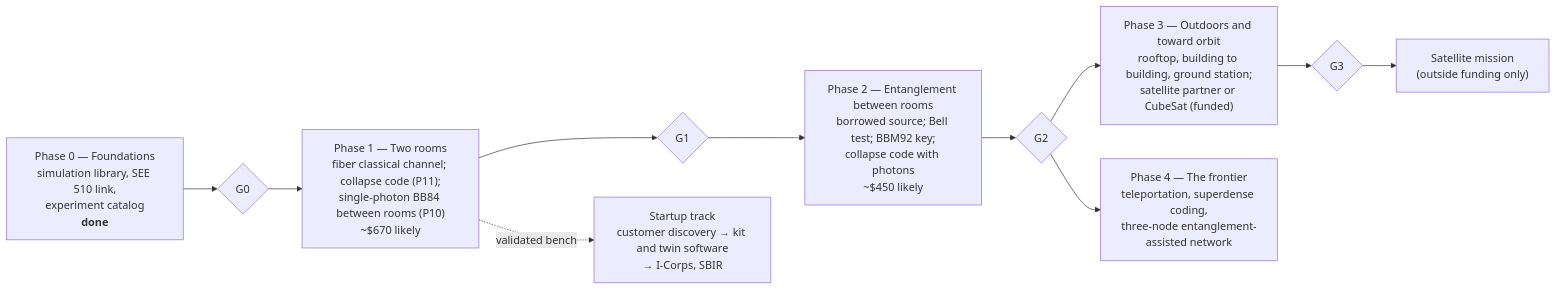
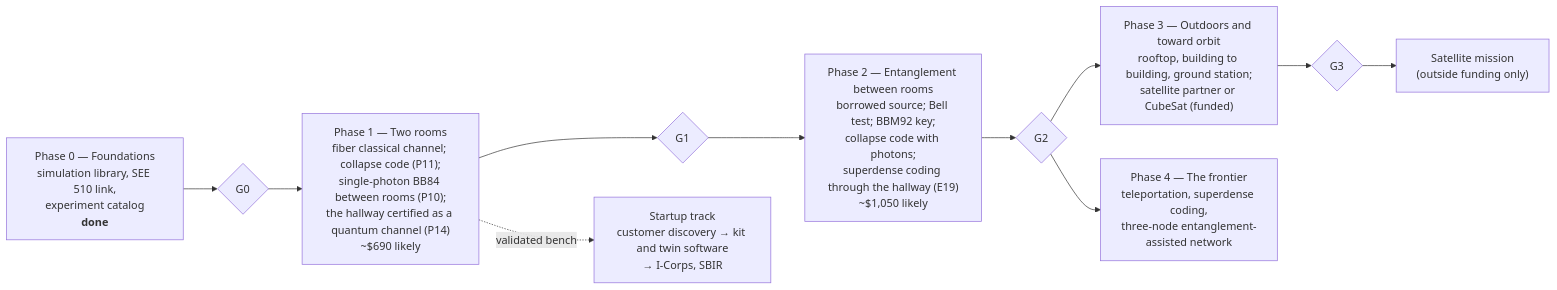
The diagram in systems/program/README.md (Normansrule/quantum-link-research), drawn with Mermaid before and after one commit. The commit also changed other lines of this file and 90 other files, not shown here.

````diff
--- a/systems/program/README.md
+++ b/systems/program/README.md
@@ -19,13 +21,13 @@
 ```mermaid
 flowchart LR
   P0["Phase 0 — Foundations<br/>simulation library, SEE 510 link,<br/>experiment catalog<br/><b>done</b>"] --> G0{G0}
-  G0 --> P1["Phase 1 — Two rooms<br/>fiber classical channel; collapse code (P11);<br/>single-photon BB84 between rooms (P10)<br/>~$670 likely"]
+  G0 --> P1["Phase 1 — Two rooms<br/>fiber classical channel; collapse code (P11);<br/>single-photon BB84 between rooms (P10);<br/>the hallway certified as a quantum channel (P14)<br/>~$690 likely"]
   P1 --> G1{G1}
-  G1 --> P2["Phase 2 — Entanglement between rooms<br/>borrowed source; Bell test; BBM92 key;<br/>collapse code with photons<br/>~$450 likely"]
+  G1 --> P2["Phase 2 — Entanglement between rooms<br/>borrowed source; Bell test; BBM92 key;<br/>collapse code with photons;<br/>superdense coding through the hallway (E19)<br/>~$1,050 likely"]
   P2 --> G2{G2}
   G2 --> P3["Phase 3 — Outdoors and toward orbit<br/>rooftop, building to building, ground station;<br/>satellite partner or CubeSat (funded)"]
   G2 --> P4["Phase 4 — The frontier<br/>teleportation, superdense coding,<br/>three-node entanglement-assisted network"]
   P3 --> G3{G3}
   G3 --> SAT["Satellite mission<br/>(outside funding only)"]
   P1 -. validated bench .-> S["Startup track<br/>customer discovery → kit and twin software<br/>→ I-Corps, SBIR"]
 ```
````
